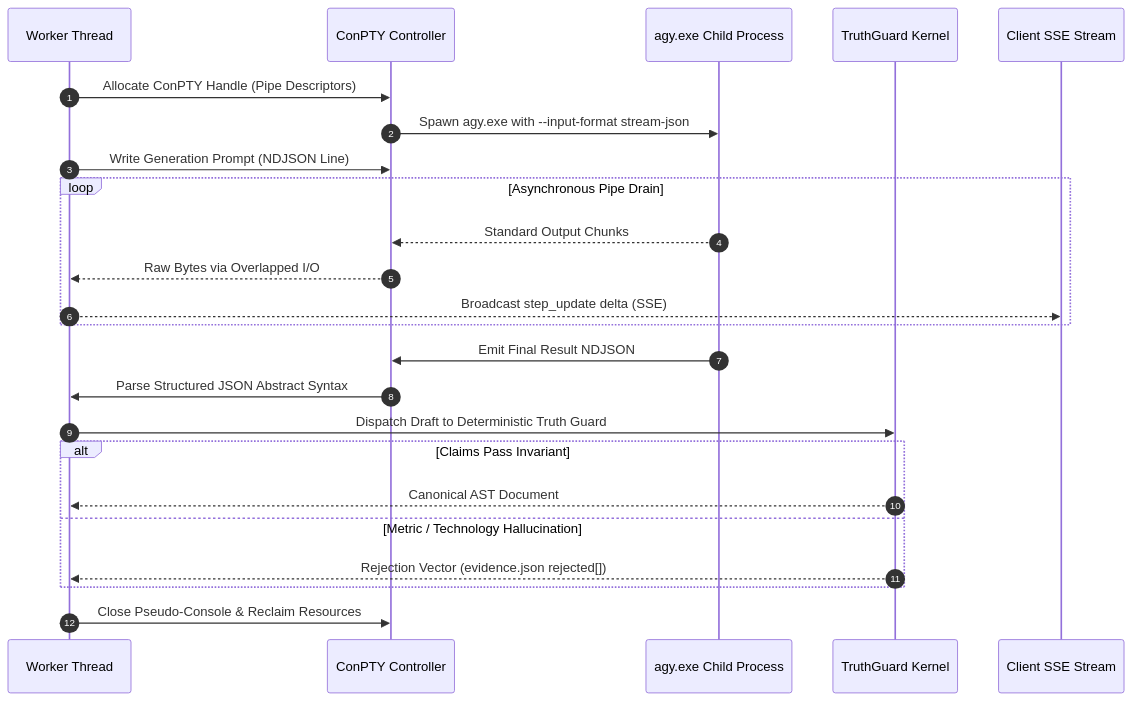
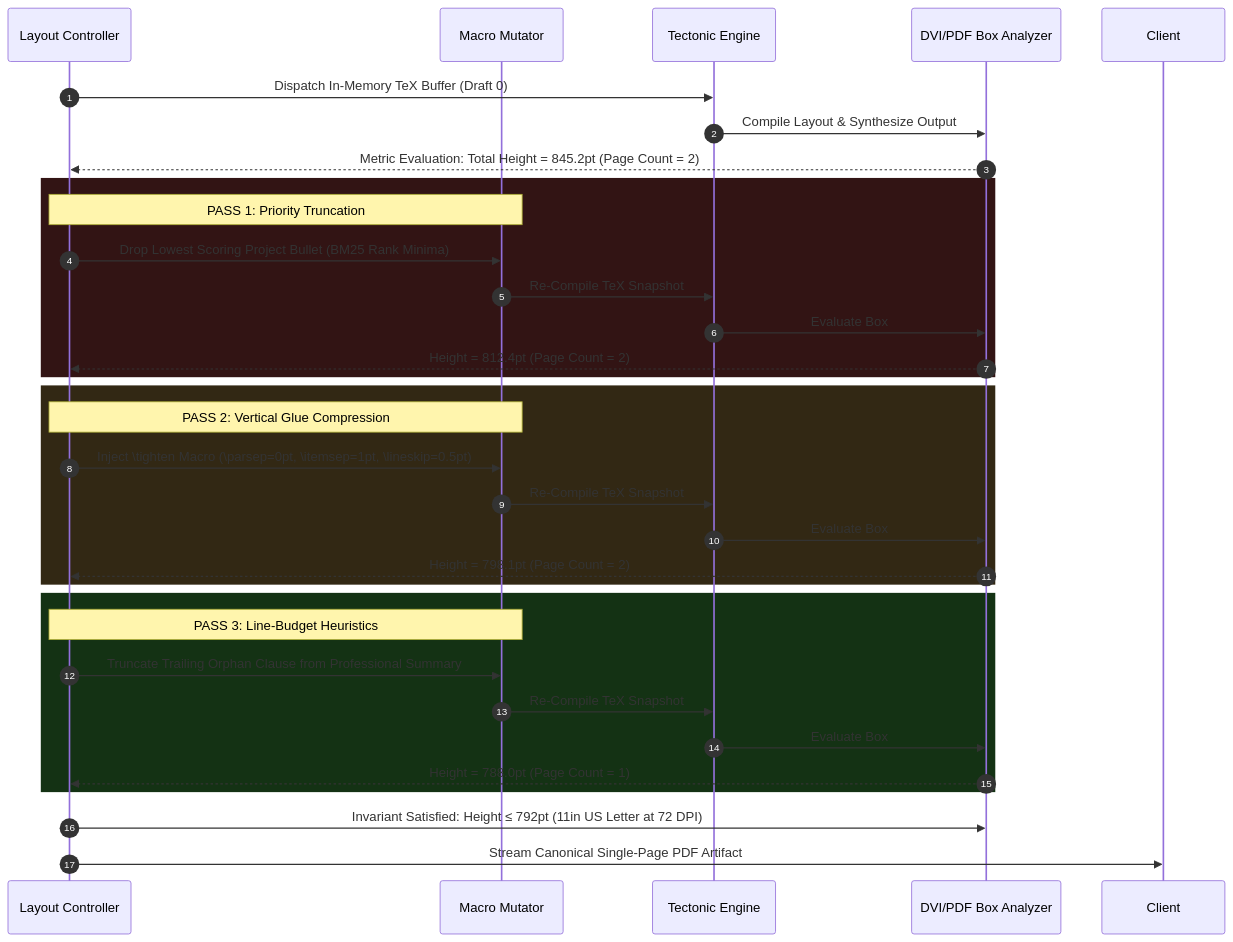
The third of 3 diagrams in README.md (DevKano98/ResumeForge), drawn with Mermaid before and after one commit. The commit also changed other lines of this file, not shown here.

Commit message:
docs: formalize systems architecture with Galois lattices, Knuth-Plass dynamics, and Windows NT ConPTY internals

````diff
--- a/README.md
+++ b/README.md
@@ -85,27 +200,39 @@
 ```mermaid
 sequenceDiagram
     autonumber
-    participant W as Worker Thread
-    participant P as ConPTY Controller
-    participant A as agy.exe Child Process
-    participant T as TruthGuard Kernel
-    participant S as Client SSE Stream
+    participant K as Layout Controller
+    participant M as Macro Mutator
+    participant T as Tectonic Engine
+    participant P as DVI/PDF Box Analyzer
 
-    W->>P: Allocate ConPTY Handle (Pipe Descriptors)
-    P->>A: Spawn agy.exe with --input-format stream-json
-    W->>P: Write Generation Prompt (NDJSON Line)
-    loop Asynchronous Pipe Drain
-        A-->>P: Standard Output Chunks
-        P-->>W: Raw Bytes via Overlapped I/O
-        W-->>S: Broadcast step_update delta (SSE)
+    K->>T: Dispatch In-Memory TeX Buffer (Draft 0)
+    T->>P: Compile Layout & Synthesize Output
+    P-->>K: Metric Evaluation: Total Height = 845.2pt (Page Count = 2)
+    
+    rect rgb(50, 20, 20)
+        Note over K,M: PASS 1: Priority Truncation
+        K->>M: Drop Lowest Scoring Project Bullet (BM25 Rank Minima)
+        M->>T: Re-Compile TeX Snapshot
+        T->>P: Evaluate Box
+        P-->>K: Height = 812.4pt (Page Count = 2)
     end
-    A->>P: Emit Final Result NDJSON
-    P->>W: Parse Structured JSON Abstract Syntax
-    W->>T: Dispatch Draft to Deterministic Truth Guard
-    alt Claims Pass Invariant
-        T-->>W: Canonical AST Document
-    else Metric / Technology Hallucination
-        T-->>W: Rejection Vector (evidence.json rejected[])
+
+    rect rgb(50, 40, 20)
+        Note over K,M: PASS 2: Vertical Glue Compression
+        K->>M: Inject \tighten Macro (\parsep=0pt, \itemsep=1pt, \lineskip=0.5pt)
+        M->>T: Re-Compile TeX Snapshot
+        T->>P: Evaluate Box
+        P-->>K: Height = 798.1pt (Page Count = 2)
     end
-    W->>P: Close Pseudo-Console & Reclaim Resources
+
+    rect rgb(20, 50, 20)
+        Note over K,M: PASS 3: Line-Budget Heuristics
+        K->>M: Truncate Trailing Orphan Clause from Professional Summary
+        M->>T: Re-Compile TeX Snapshot
+        T->>P: Evaluate Box
+        P-->>K: Height = 788.0pt (Page Count = 1)
+    end
+
+    K->>P: Invariant Satisfied: Height ≤ 792pt (11in US Letter at 72 DPI)
+    K->>Client: Stream Canonical Single-Page PDF Artifact
 ```
````
